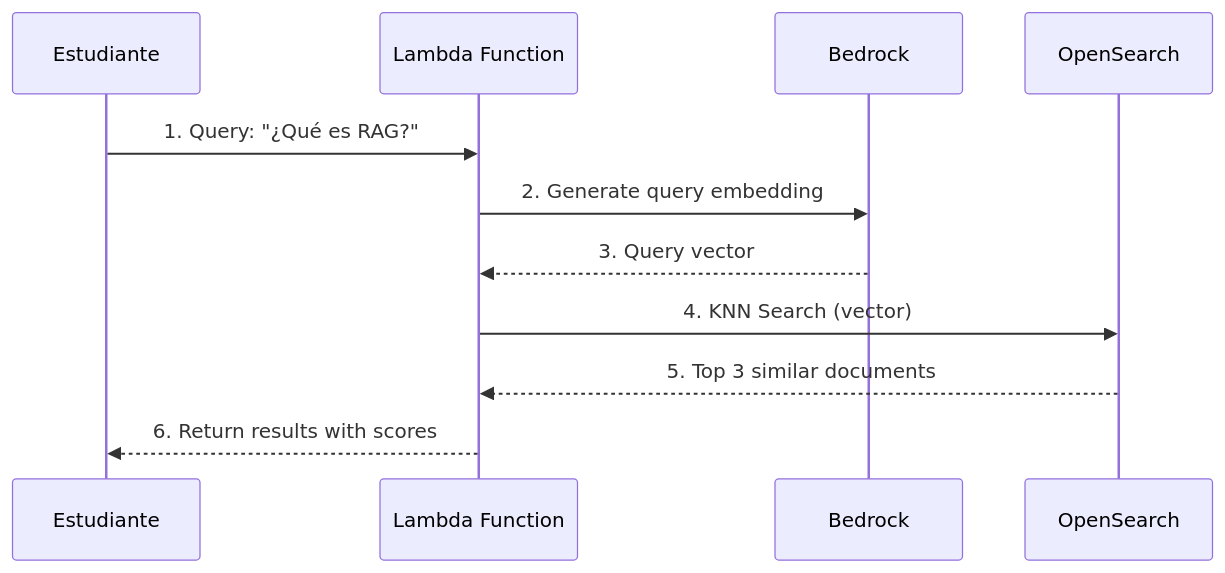
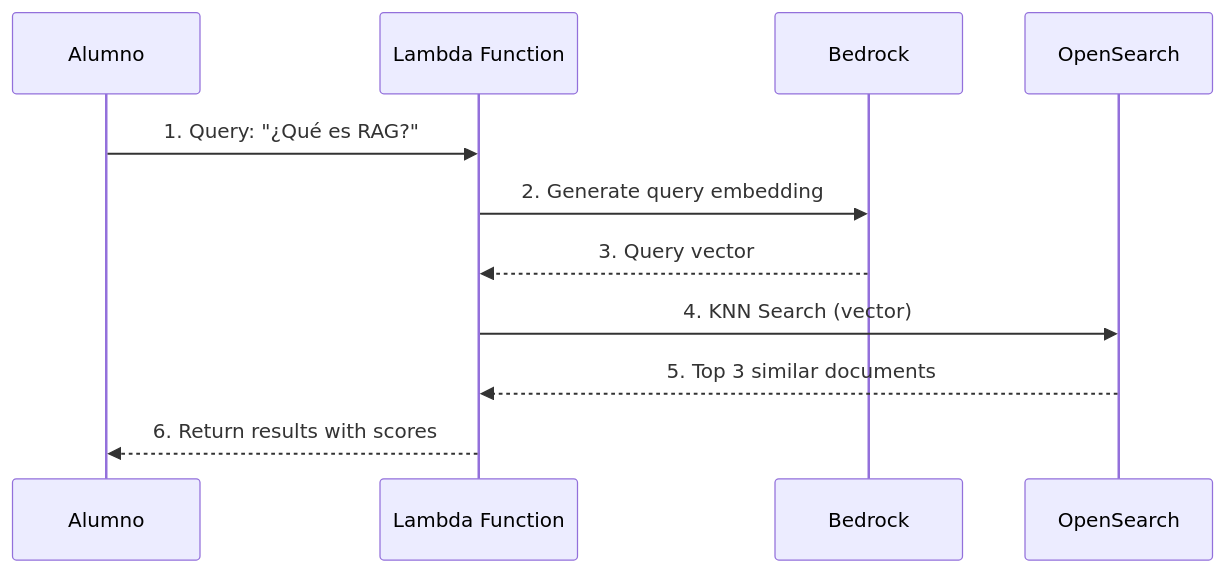
The third of 8 diagrams in ARCHITECTURE.md (ANALITIKACLOUD/sesion-02-ia-generativa), drawn with Mermaid before and after one commit. The commit also changed other lines of this file and 23 other files, not shown here.

````diff
--- a/ARCHITECTURE.md
+++ b/ARCHITECTURE.md
@@ -108,14 +108,14 @@
 ```mermaid
 sequenceDiagram
-    participant User as Estudiante
+    participant User as Alumno
     participant Lambda as Lambda Function
     participant Bedrock as Bedrock
     participant OS as OpenSearch
     
     User->>Lambda: 1. Query: "¿Qué es RAG?"
     Lambda->>Bedrock: 2. Generate query embedding
     Bedrock-->>Lambda: 3. Query vector
     Lambda->>OS: 4. KNN Search (vector)
     OS-->>Lambda: 5. Top 3 similar documents
     Lambda-->>User: 6. Return results with scores
 ```
````
